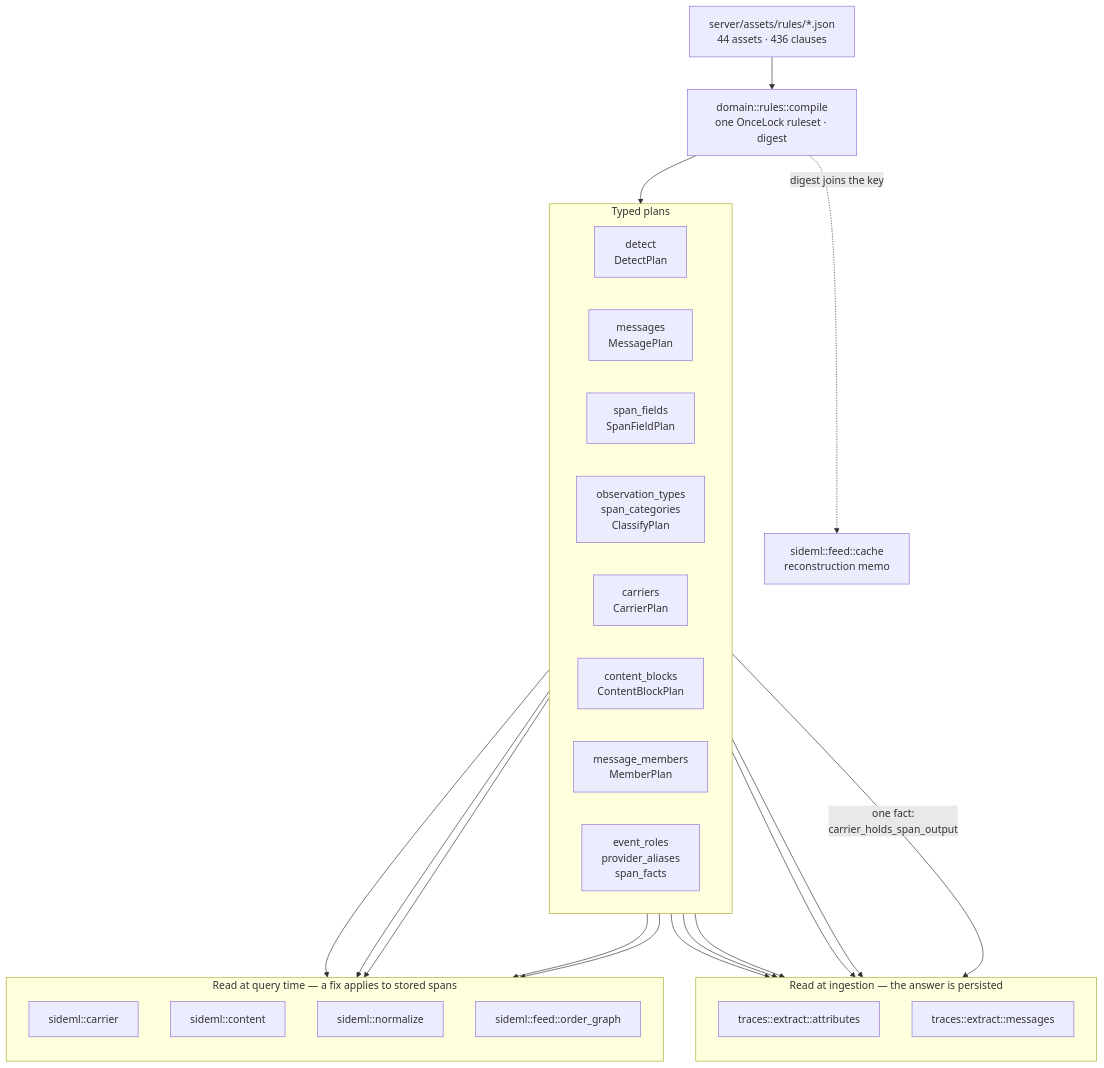
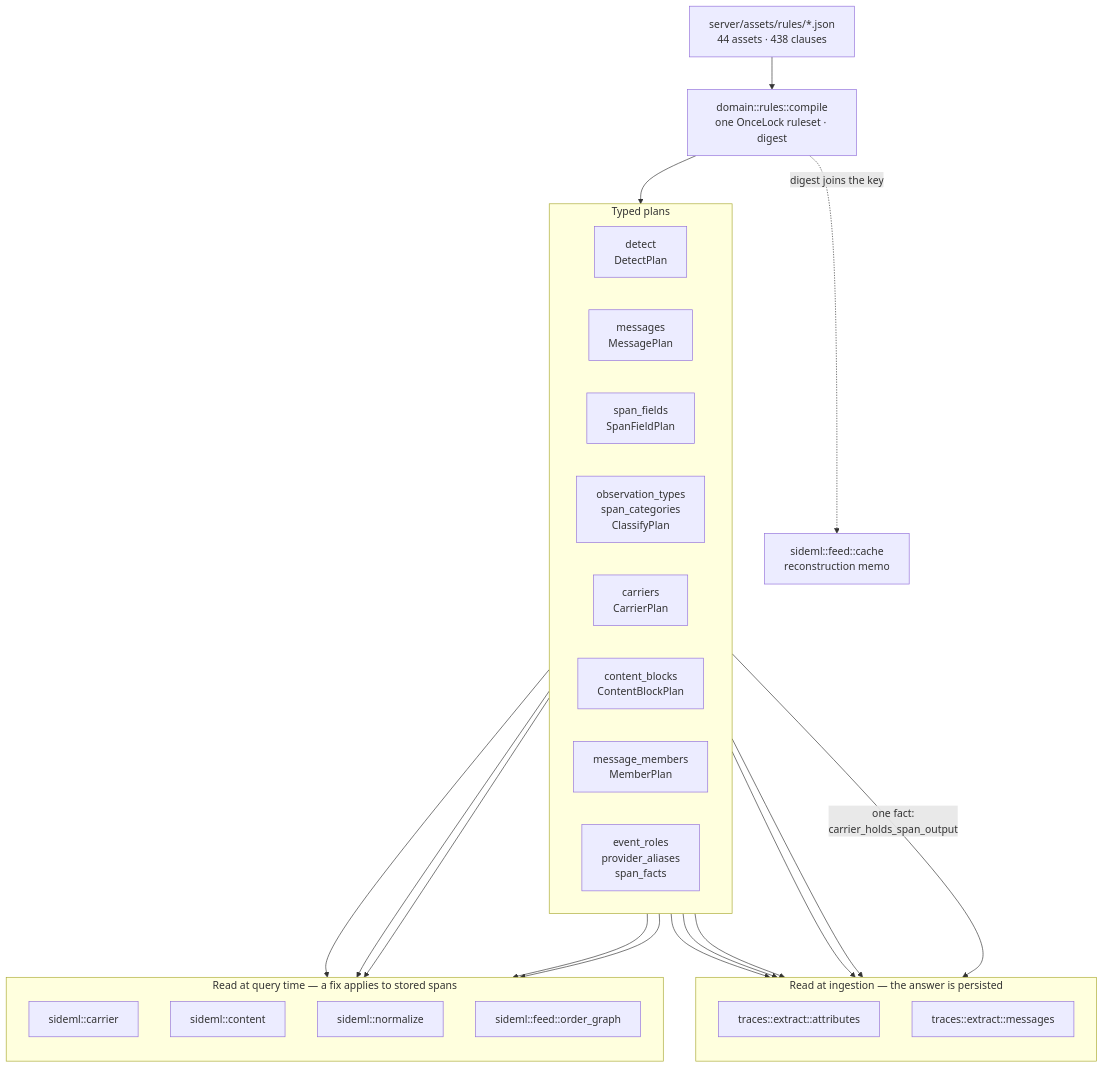
The first of 7 diagrams in docs/engineering/architecture-diagrams.md (sideseat/sideseat), drawn with Mermaid before and after one commit. The commit also changed 1 other file, not shown here.

Commit message:
docs(rules): refresh embedded clause count

````diff
--- a/docs/engineering/architecture-diagrams.md
+++ b/docs/engineering/architecture-diagrams.md
@@ -18,47 +18,47 @@
 ```mermaid
 flowchart TB
-    assets["server/assets/rules/*.json<br/>44 assets · 436 clauses"]
+    assets["server/assets/rules/*.json<br/>44 assets · 438 clauses"]
     compile["domain::rules::compile<br/>one OnceLock ruleset · digest"]
     assets --> compile
 
     subgraph plans["Typed plans"]
         direction LR
         detect["detect<br/>DetectPlan"]
         messages["messages<br/>MessagePlan"]
         fields["span_fields<br/>SpanFieldPlan"]
         classify["observation_types<br/>span_categories<br/>ClassifyPlan"]
         carriers["carriers<br/>CarrierPlan"]
         blocks["content_blocks<br/>ContentBlockPlan"]
         members["message_members<br/>MemberPlan"]
         roles["event_roles<br/>provider_aliases<br/>span_facts"]
     end
     compile --> plans
 
     subgraph ingest["Read at ingestion — the answer is persisted"]
         direction TB
         attrs["traces::extract::attributes"]
         msgs["traces::extract::messages"]
     end
 
     subgraph query["Read at query time — a fix applies to stored spans"]
         direction TB
         carrier["sideml::carrier"]
         content["sideml::content"]
         normalize["sideml::normalize"]
         order["sideml::feed::order_graph"]
     end
 
     detect --> attrs
     fields --> attrs
     classify --> attrs
     roles --> attrs
     messages --> msgs
     carriers -->|"one fact:<br/>carrier_holds_span_output"| msgs
     carriers --> carrier
     carriers --> order
     blocks --> content
     members --> content
     roles --> normalize
 
     compile -. "digest joins the key" .-> cache["sideml::feed::cache<br/>reconstruction memo"]
 ```
````
